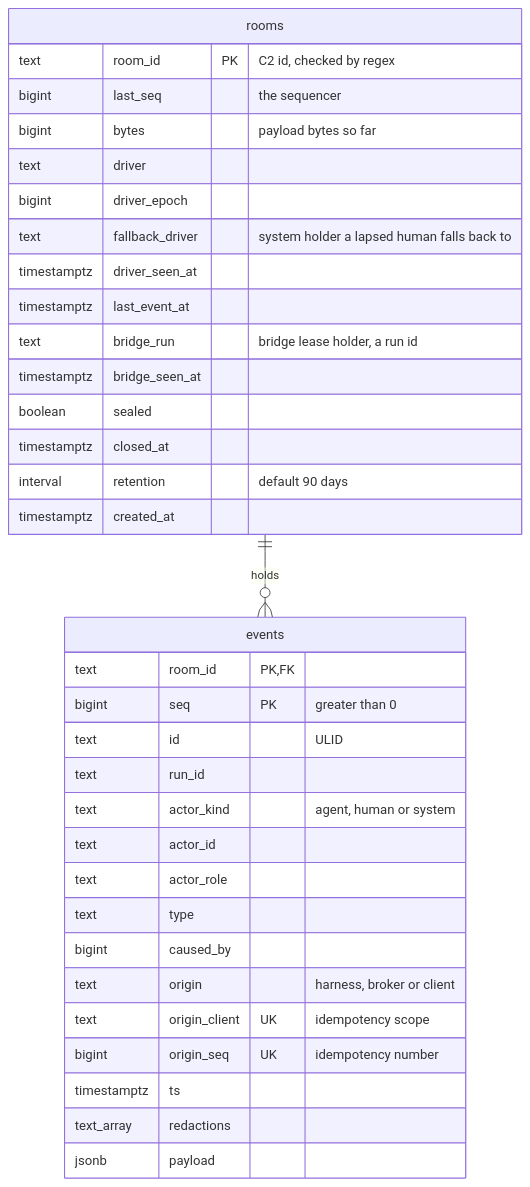
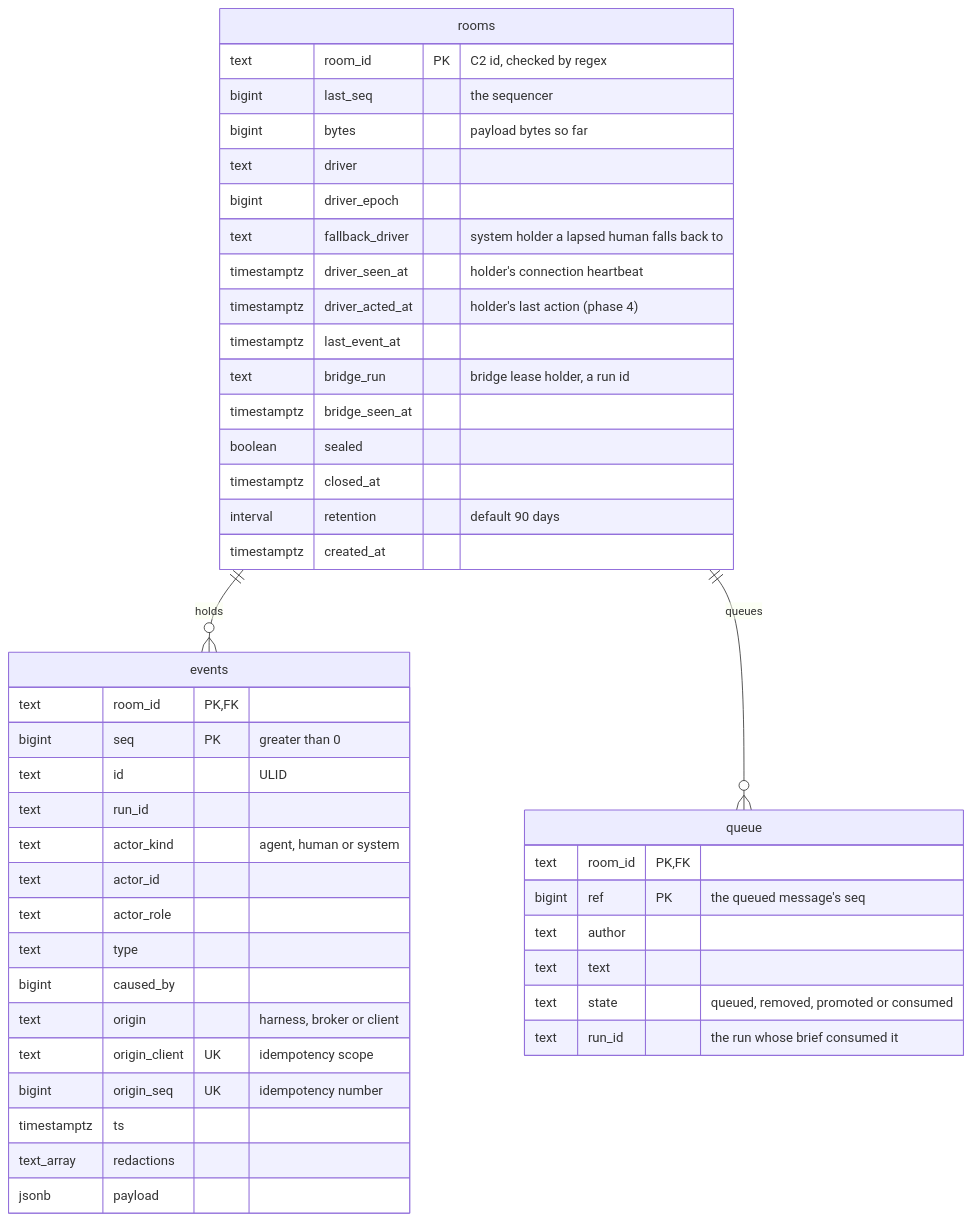
The first of 3 diagrams in docs/room-log.md (Smana/agent-platform), drawn with Mermaid before and after one commit. The commit also changed other lines of this file and 87 other files, not shown here.

First line of the commit message:
feat: driver and messages (SP2 phase 4) (#9)

````diff
--- a/docs/room-log.md
+++ b/docs/room-log.md
@@ -12,37 +12,47 @@
 ```mermaid
 erDiagram
   rooms ||--o{ events : "holds"
+  rooms ||--o{ queue : "queues"
   rooms {
     text room_id PK "C2 id, checked by regex"
     bigint last_seq "the sequencer"
     bigint bytes "payload bytes so far"
     text driver
     bigint driver_epoch
     text fallback_driver "system holder a lapsed human falls back to"
-    timestamptz driver_seen_at
+    timestamptz driver_seen_at "holder's connection heartbeat"
+    timestamptz driver_acted_at "holder's last action (phase 4)"
     timestamptz last_event_at
     text bridge_run "bridge lease holder, a run id"
     timestamptz bridge_seen_at
     boolean sealed
     timestamptz closed_at
     interval retention "default 90 days"
     timestamptz created_at
   }
   events {
     text room_id PK, FK
     bigint seq PK "greater than 0"
     text id "ULID"
     text run_id
     text actor_kind "agent, human or system"
     text actor_id
     text actor_role
     text type
     bigint caused_by
     text origin "harness, broker or client"
     text origin_client UK "idempotency scope"
     bigint origin_seq UK "idempotency number"
     timestamptz ts
     text_array redactions
     jsonb payload
   }
+  queue {
+    text room_id PK, FK
+    bigint ref PK "the queued message's seq"
+    text author
+    text text
+    text state "queued, removed, promoted or consumed"
+    text run_id "the run whose brief consumed it"
+  }
 ```
````
